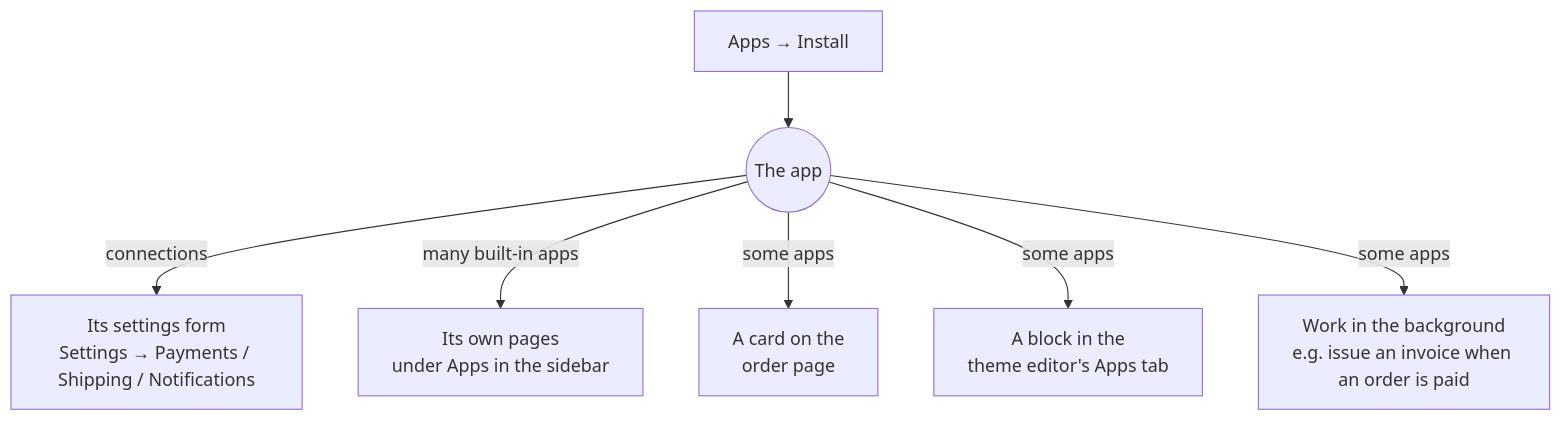
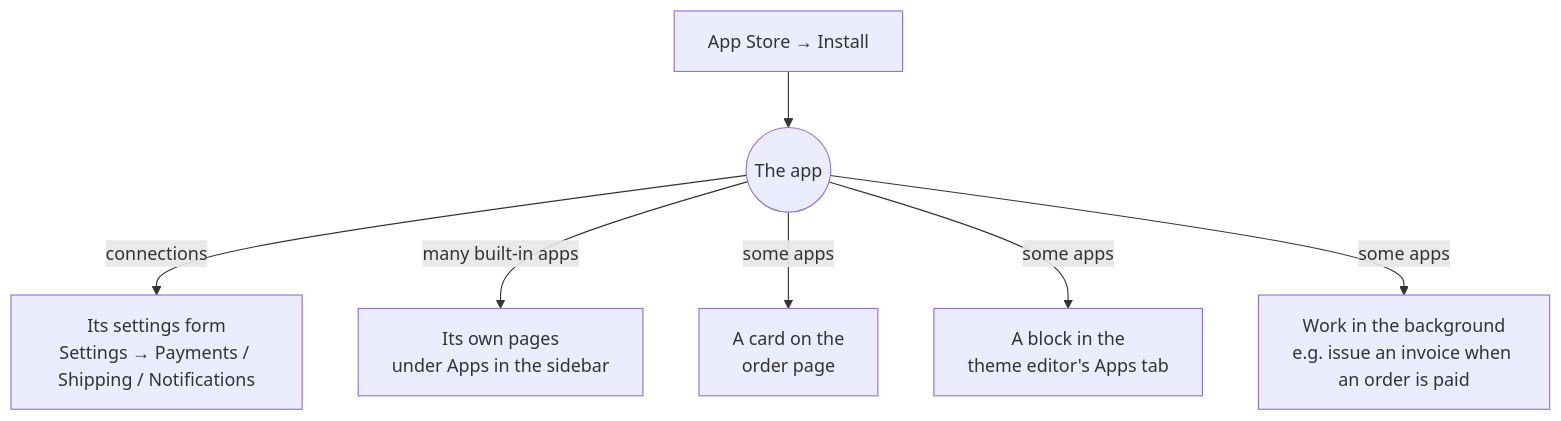
Before and after one commit to Viora-Tech/e-commerce: the diagram in apps/docs/content/merchant-guide/apps/app-store.mdx, drawn with Mermaid. The commit also changed other lines of this file and 137 other files, not shown here.

First line of the commit message:
feat(apps): App Store website replaces the in-admin store

````diff
--- a/apps/docs/content/merchant-guide/apps/app-store.mdx
+++ b/apps/docs/content/merchant-guide/apps/app-store.mdx
@@ -40,9 +45,9 @@
 ```mermaid
 flowchart TD
-  install["Apps → Install"] --> app(("The app"))
+  install["App Store → Install"] --> app(("The app"))
   app -->|connections| settings["Its settings form<br/>Settings → Payments / Shipping / Notifications"]
   app -->|many built-in apps| pages["Its own pages<br/>under Apps in the sidebar"]
   app -->|some apps| card["A card on the<br/>order page"]
   app -->|some apps| block["A block in the<br/>theme editor's Apps tab"]
   app -->|some apps| work["Work in the background<br/>e.g. issue an invoice when an order is paid"]
 ```
````
